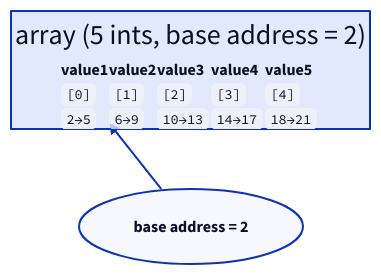
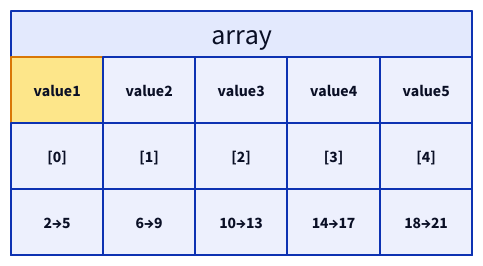
Diagram 14 of 19 in src/computer-science/DSA/data-structures/1.arrays/01-introduction.md (ani2fun/note-book), drawn with D2 before and after one commit. The commit also changed other lines of this file, not shown here.

````diff
--- a/src/computer-science/DSA/data-structures/1.arrays/01-introduction.md
+++ b/src/computer-science/DSA/data-structures/1.arrays/01-introduction.md
@@ -744,28 +736,22 @@
 ```d2
-direction: right
-
-arr: "array (5 ints, base address = 2)" {
+arr: array {
+  grid-rows: 3
   grid-columns: 5
   grid-gap: 0
-  e0: |md
-    **value1**<br/>`[0]`<br/>`2→5`
-  |
-  e1: |md
-    **value2**<br/>`[1]`<br/>`6→9`
-  |
-  e2: |md
-    **value3**<br/>`[2]`<br/>`10→13`
-  |
-  e3: |md
-    **value4**<br/>`[3]`<br/>`14→17`
-  |
-  e4: |md
-    **value5**<br/>`[4]`<br/>`18→21`
-  |
+  v0: value1 {style.fill: "#fde68a"; style.stroke: "#d97706"}
+  v1: value2
+  v2: value3
+  v3: value4
+  v4: value5
+  i0: "[0]"
+  i1: "[1]"
+  i2: "[2]"
+  i3: "[3]"
+  i4: "[4]"
+  a0: "2→5"
+  a1: "6→9"
+  a2: "10→13"
+  a3: "14→17"
+  a4: "18→21"
 }
-
-base: base address = 2 {
-  shape: oval
-}
-base -> arr.e0
 ```
````
